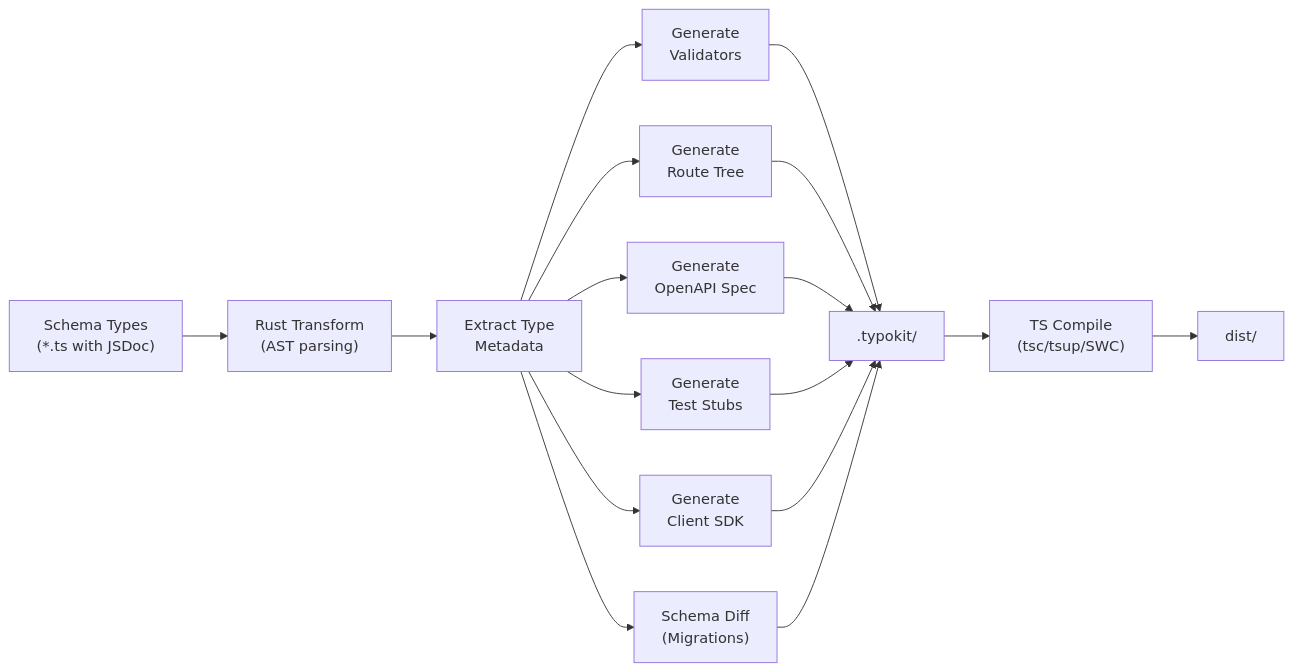
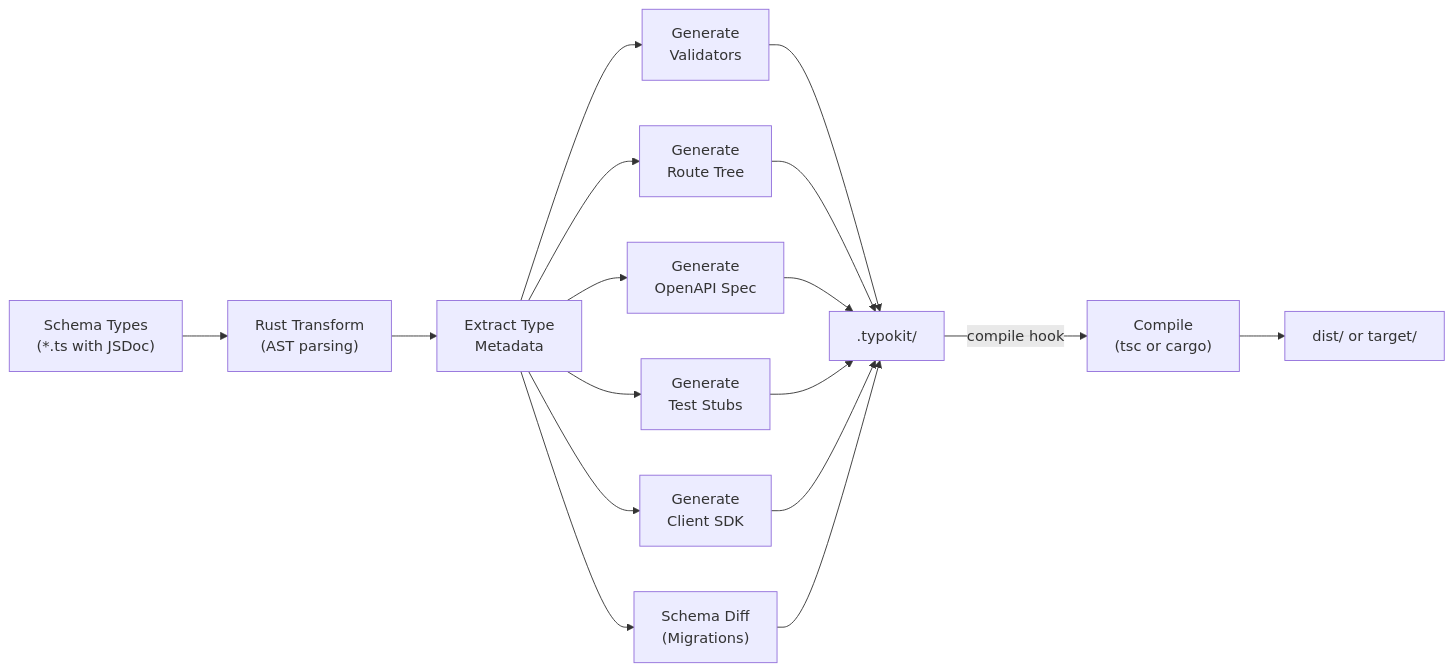
Before and after one commit to KyleBastien/typokit: the second of 3 diagrams in packages/docs/src/content/docs/architecture/overview.mdx, drawn with Mermaid. The commit also changed other lines of this file and 137 other files, not shown here.

````diff
--- a/packages/docs/src/content/docs/architecture/overview.mdx
+++ b/packages/docs/src/content/docs/architecture/overview.mdx
@@ -129,19 +130,19 @@
 ```mermaid
 flowchart LR
     A["Schema Types<br/>(*.ts with JSDoc)"] --> B["Rust Transform<br/>(AST parsing)"]
     B --> C["Extract Type<br/>Metadata"]
     C --> D["Generate<br/>Validators"]
     C --> E["Generate<br/>Route Tree"]
     C --> F["Generate<br/>OpenAPI Spec"]
     C --> G["Generate<br/>Test Stubs"]
     C --> H["Generate<br/>Client SDK"]
     C --> I["Schema Diff<br/>(Migrations)"]
     D --> J[".typokit/"]
     E --> J
     F --> J
     G --> J
     H --> J
     I --> J
-    J --> K["TS Compile<br/>(tsc/tsup/SWC)"]
-    K --> L["dist/"]
+    J --> |"compile hook"| K2["Compile<br/>(tsc or cargo)"]
+    K2 --> L["dist/ or target/"]
 ```
````
